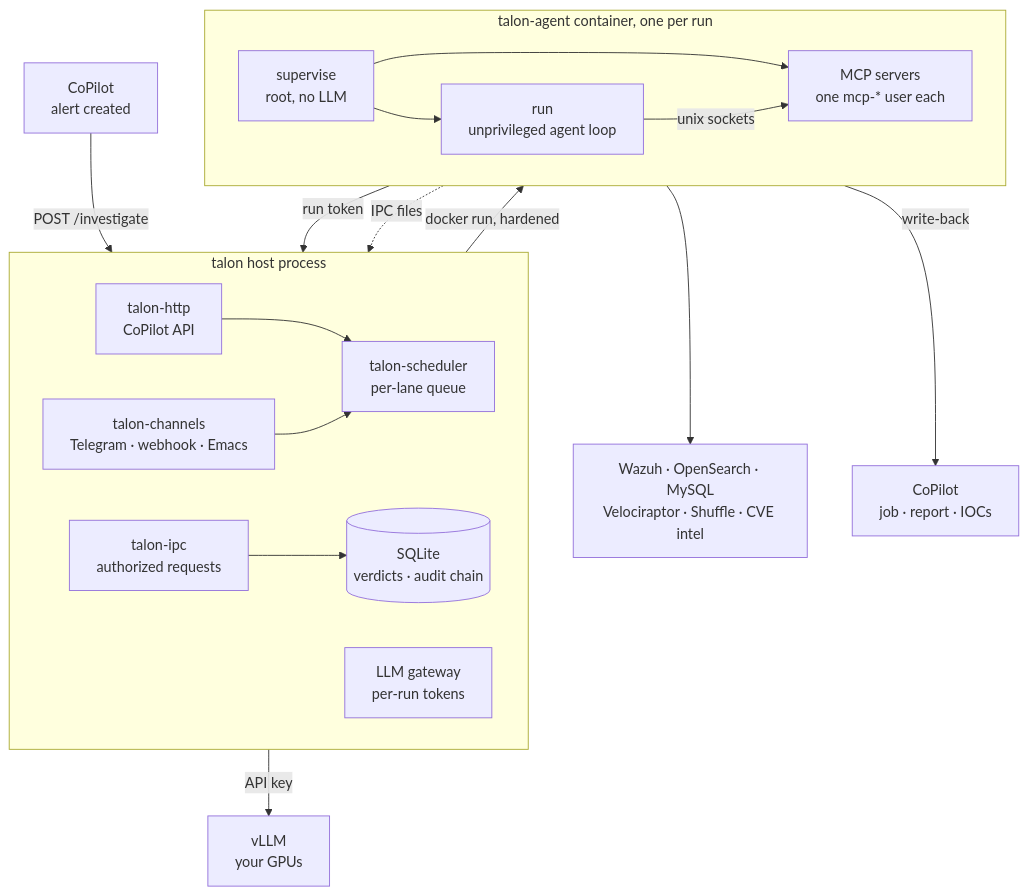
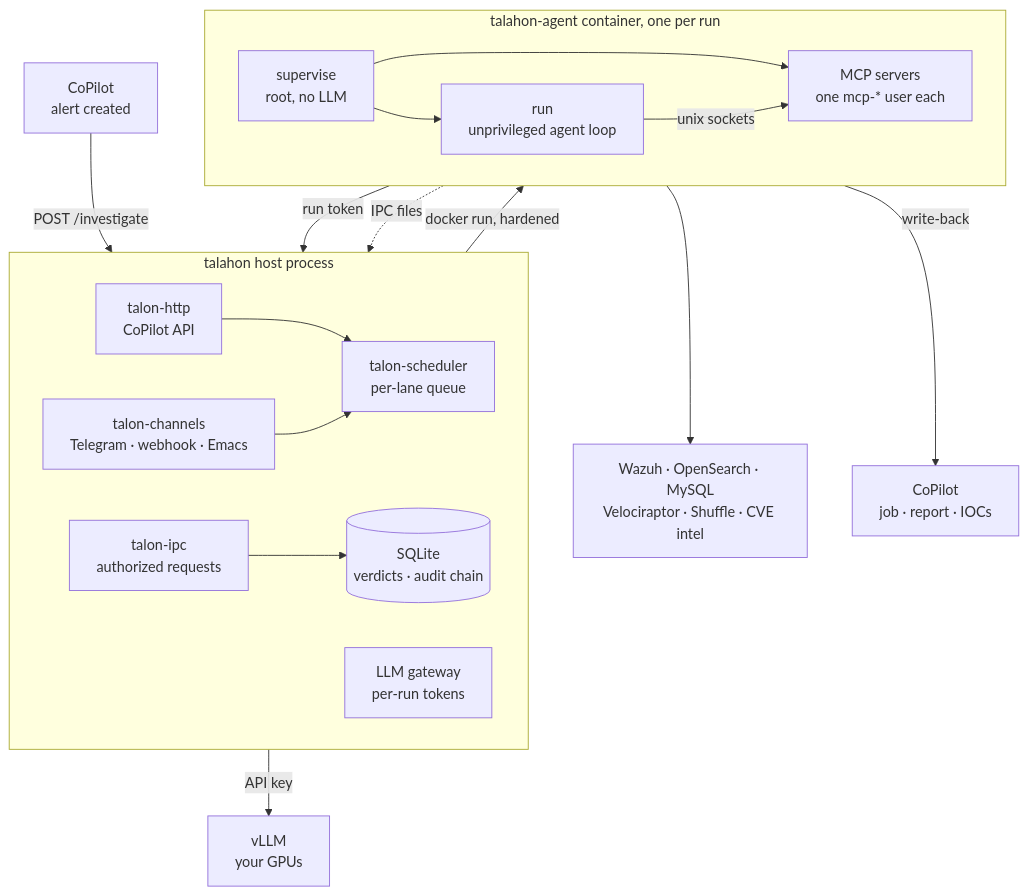
One commit to Liohtml/talahon changed the first of 2 diagrams in README.md. Above: the diagram before and after it, drawn with Mermaid. The commit also changed other lines of this file and 220 other files, not shown here.

````diff
--- a/README.md
+++ b/README.md
@@ -112,39 +112,39 @@
 ```mermaid
 flowchart TB
     ALERT["CoPilot<br/>alert created"]
 
-    subgraph HOST["talon host process"]
+    subgraph HOST["talahon host process"]
         direction LR
         HTTP["talon-http<br/>CoPilot API"]
         CH["talon-channels<br/>Telegram · webhook · Emacs"]
         Q["talon-scheduler<br/>per-lane queue"]
         IPC["talon-ipc<br/>authorized requests"]
         GW["LLM gateway<br/>per-run tokens"]
         DB[("SQLite<br/>verdicts · audit chain")]
     end
 
-    subgraph CT["talon-agent container, one per run"]
+    subgraph CT["talahon-agent container, one per run"]
         direction LR
         SUP["supervise<br/>root, no LLM"]
         AG["run<br/>unprivileged agent loop"]
         MCP["MCP servers<br/>one mcp-* user each"]
     end
 
     VLLM["vLLM<br/>your GPUs"]
     SRC["Wazuh · OpenSearch · MySQL<br/>Velociraptor · Shuffle · CVE intel"]
     WB["CoPilot<br/>job · report · IOCs"]
 
     ALERT -->|"POST /investigate"| HTTP
     HTTP --> Q
     CH --> Q
     Q -->|"docker run, hardened"| SUP
     SUP --> AG
     SUP --> MCP
     AG -->|"unix sockets"| MCP
     AG -->|"run token"| GW
     AG -.->|"IPC files"| IPC
     IPC --> DB
     GW -->|"API key"| VLLM
     MCP --> SRC
     MCP -->|"write-back"| WB
 ```
````
